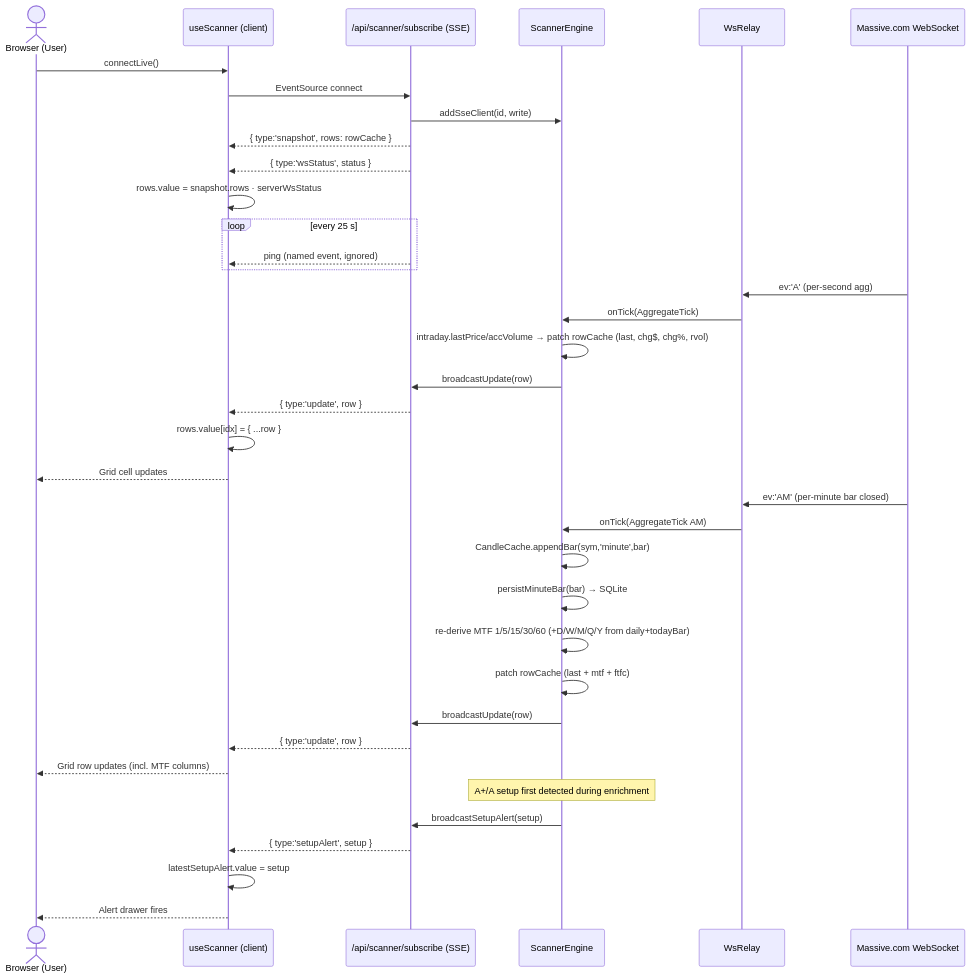
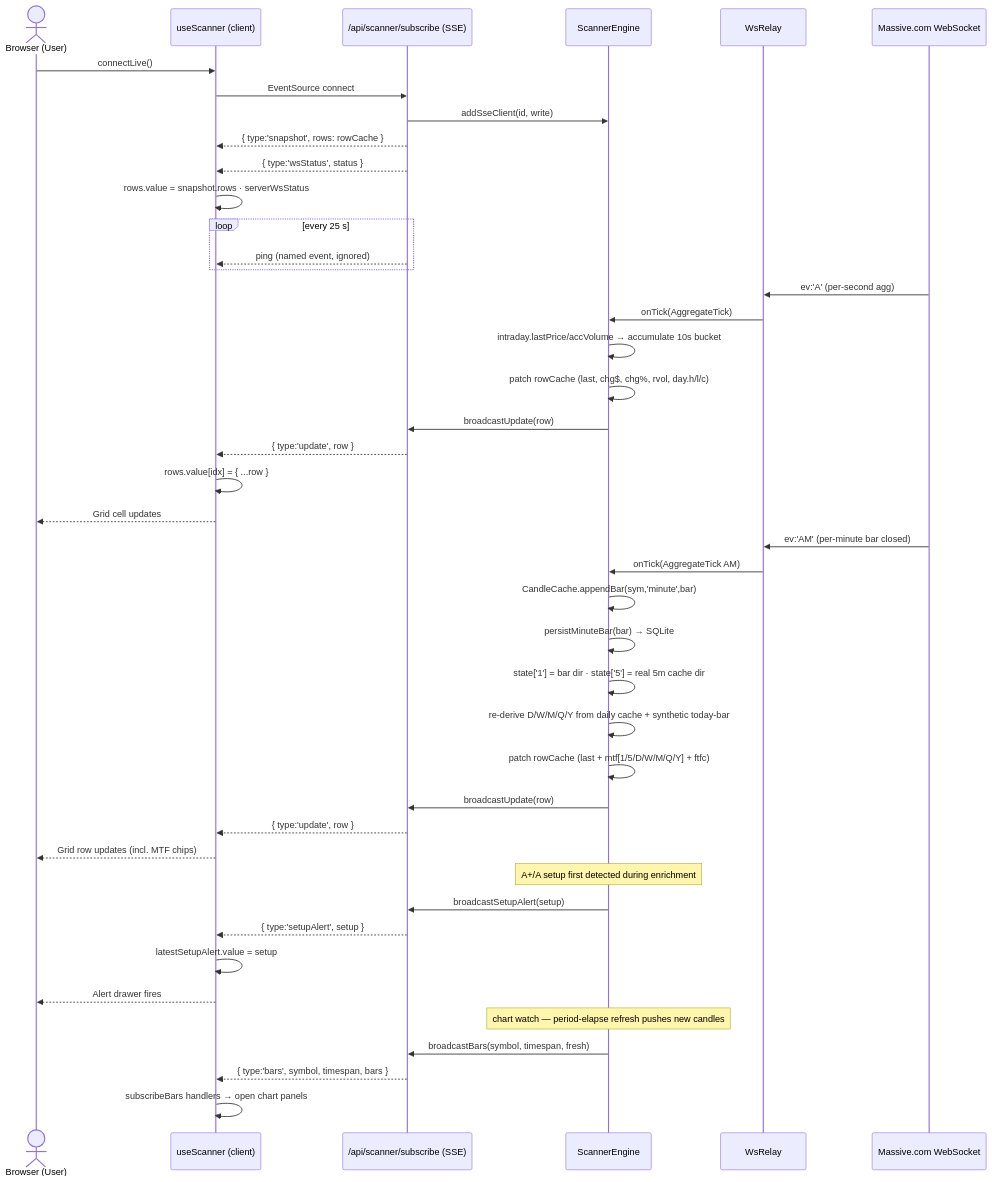
The third of 4 diagrams in docs/DATA_ARCHITECTURE.md (GerritKnoetze/pulse-trader), drawn with Mermaid before and after one commit. The commit also changed other lines of this file and 11 other files, not shown here.

First line of the commit message:
feat(data): non-blocking chart data path, 5min/10s timespan fix, test harness

````diff
--- a/docs/DATA_ARCHITECTURE.md
+++ b/docs/DATA_ARCHITECTURE.md
@@ -961,44 +1214,51 @@
 ```mermaid
 sequenceDiagram
     actor User as Browser (User)
     participant SC as useScanner (client)
     participant SSE as /api/scanner/subscribe (SSE)
     participant SE as ScannerEngine
     participant WS as WsRelay
     participant MassWS as Massive.com WebSocket
 
     User->>SC: connectLive()
     SC->>SSE: EventSource connect
     SSE->>SE: addSseClient(id, write)
     SSE-->>SC: { type:'snapshot', rows: rowCache }
     SSE-->>SC: { type:'wsStatus', status }
     SC->>SC: rows.value = snapshot.rows · serverWsStatus
 
     loop every 25 s
         SSE-->>SC: ping (named event, ignored)
     end
 
     MassWS->>WS: ev:'A' (per-second agg)
     WS->>SE: onTick(AggregateTick)
-    SE->>SE: intraday.lastPrice/accVolume → patch rowCache (last, chg$, chg%, rvol)
+    SE->>SE: intraday.lastPrice/accVolume → accumulate 10s bucket
+    SE->>SE: patch rowCache (last, chg$, chg%, rvol, day.h/l/c)
     SE->>SSE: broadcastUpdate(row)
     SSE-->>SC: { type:'update', row }
     SC->>SC: rows.value[idx] = { ...row }
     SC-->>User: Grid cell updates
 
     MassWS->>WS: ev:'AM' (per-minute bar closed)
     WS->>SE: onTick(AggregateTick AM)
     SE->>SE: CandleCache.appendBar(sym,'minute',bar)
     SE->>SE: persistMinuteBar(bar) → SQLite
-    SE->>SE: re-derive MTF 1/5/15/30/60 (+D/W/M/Q/Y from daily+todayBar)
-    SE->>SE: patch rowCache (last + mtf + ftfc)
+    SE->>SE: state['1'] = bar dir · state['5'] = real 5m cache dir
+    SE->>SE: re-derive D/W/M/Q/Y from daily cache + synthetic today-bar
+    SE->>SE: patch rowCache (last + mtf[1/5/D/W/M/Q/Y] + ftfc)
     SE->>SSE: broadcastUpdate(row)
     SSE-->>SC: { type:'update', row }
-    SC-->>User: Grid row updates (incl. MTF columns)
+    SC-->>User: Grid row updates (incl. MTF chips)
 
     Note over SE: A+/A setup first detected during enrichment
     SE->>SSE: broadcastSetupAlert(setup)
     SSE-->>SC: { type:'setupAlert', setup }
     SC->>SC: latestSetupAlert.value = setup
     SC-->>User: Alert drawer fires
+
+    Note over SE: chart watch — period-elapse refresh pushes new candles
+    SE->>SSE: broadcastBars(symbol, timespan, fresh)
+    SSE-->>SC: { type:'bars', symbol, timespan, bars }
+    SC->>SC: subscribeBars handlers → open chart panels
 ```
````
